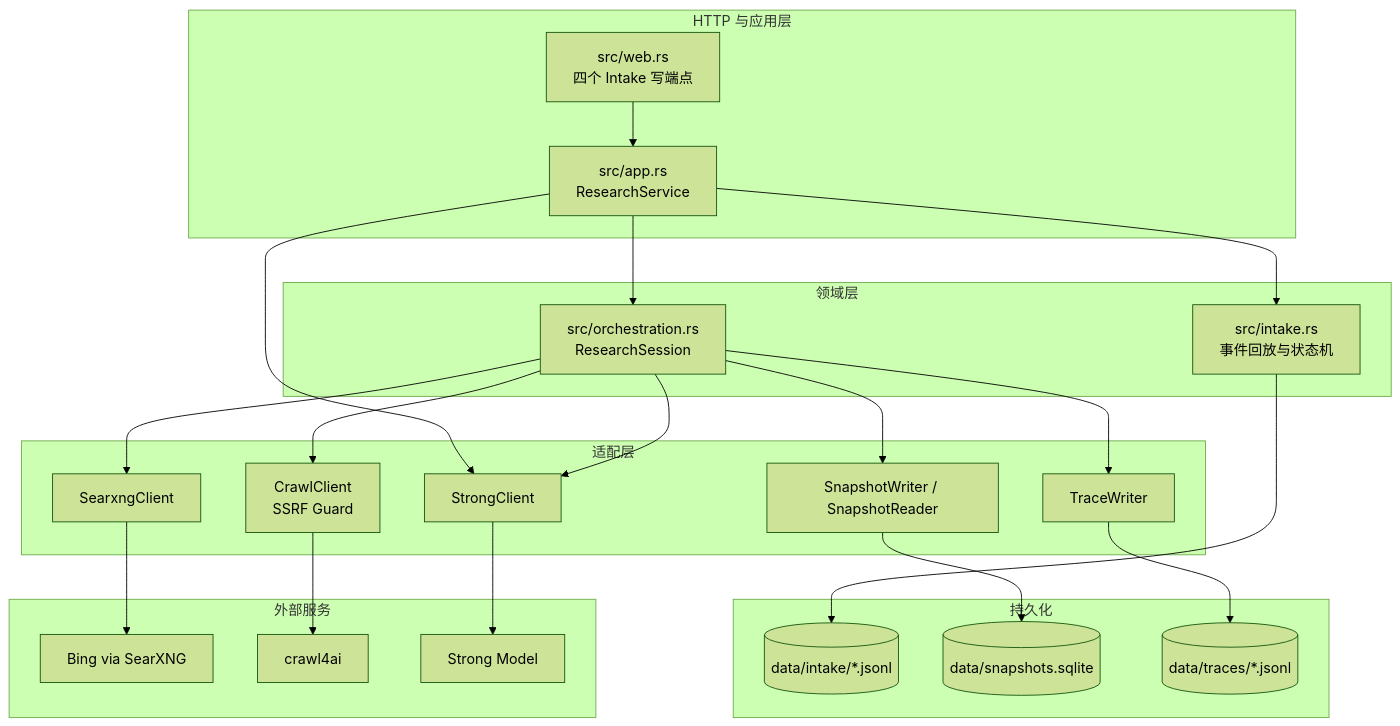
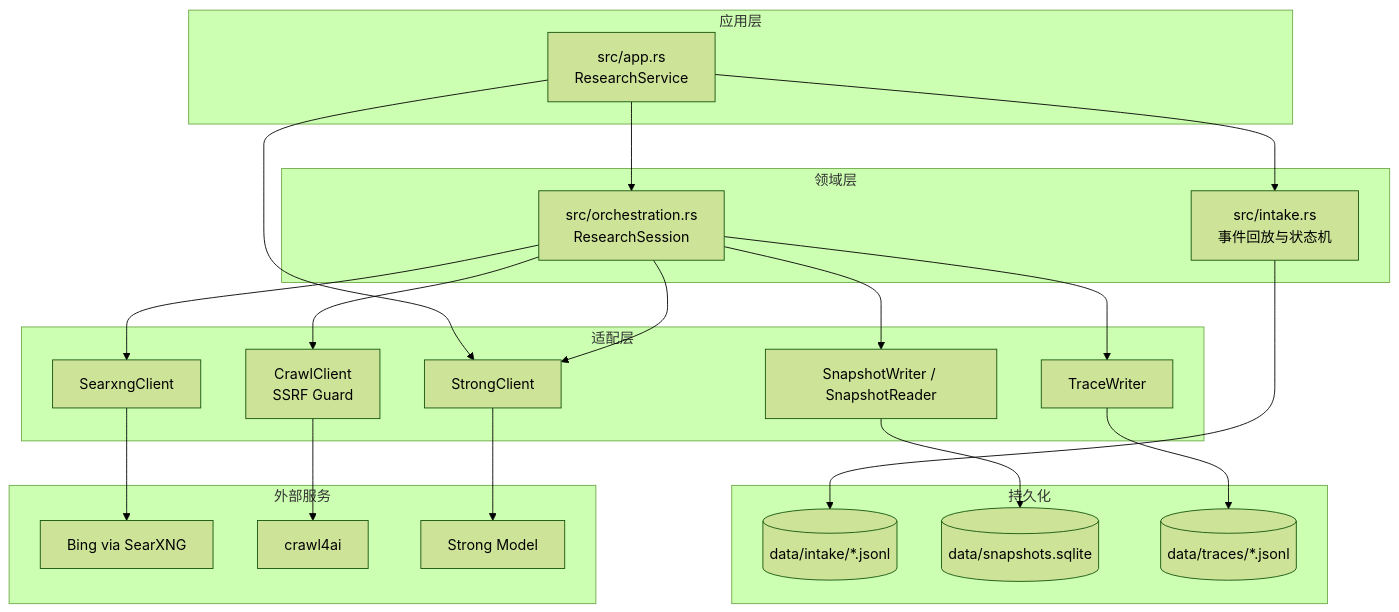
One commit to SuperCatQR/traceable-research-runtime changed the first of 7 diagrams in docs/web-search-architecture.md. Above: the diagram before and after it, drawn with Mermaid (forest theme). The commit also changed other lines of this file and 12 other files, not shown here.

Commit message:
refactor: remove web transport layer

````diff
--- a/docs/web-search-architecture.md
+++ b/docs/web-search-architecture.md
@@ -92,42 +92,40 @@
 ```mermaid
 flowchart TB
-    subgraph appLayer["HTTP 与应用层"]
-        webApi["src/web.rs<br/>四个 Intake 写端点"]
+    subgraph appLayer["应用层"]
         appService["src/app.rs<br/>ResearchService"]
     end
 
     subgraph domainLayer["领域层"]
         intakeCore["src/intake.rs<br/>事件回放与状态机"]
         sessionCore["src/orchestration.rs<br/>ResearchSession"]
     end
 
     subgraph adapterLayer["适配层"]
         searchAdapter["SearxngClient"]
         crawlAdapter["CrawlClient<br/>SSRF Guard"]
         modelAdapter["StrongClient"]
         snapshotCaps["SnapshotWriter / SnapshotReader"]
         traceWriter["TraceWriter"]
     end
 
     subgraph storageLayer["持久化"]
         intakeLog[("data/intake/*.jsonl")]
         snapshotDb[("data/snapshots.sqlite")]
         auditLog[("data/traces/*.jsonl")]
     end
 
     subgraph externalLayer["外部服务"]
         bingEngine["Bing via SearXNG"]
         crawlService["crawl4ai"]
         strongModel["Strong Model"]
     end
 
-    webApi --> appService
     appService --> intakeCore --> intakeLog
     appService --> sessionCore
     appService --> modelAdapter --> strongModel
     sessionCore --> searchAdapter --> bingEngine
     sessionCore --> crawlAdapter --> crawlService
     sessionCore --> modelAdapter
     sessionCore --> snapshotCaps --> snapshotDb
     sessionCore --> traceWriter --> auditLog
 ```
````
